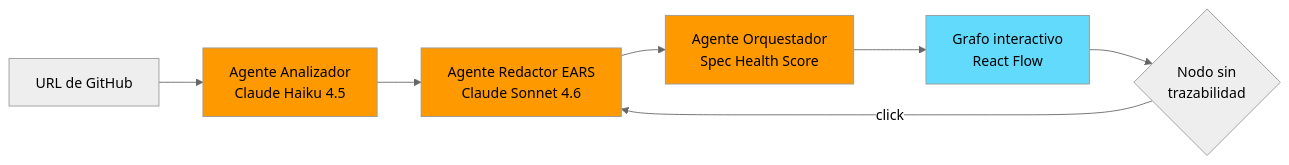
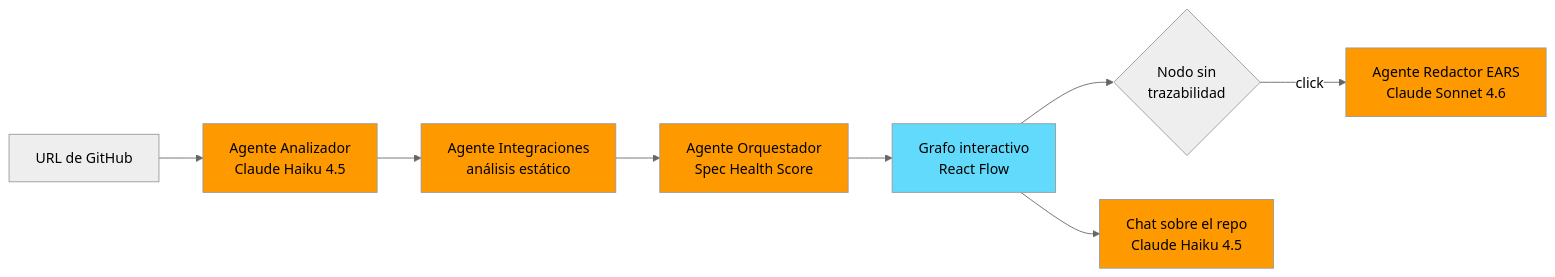
The diagram in README.md (joaquinalejandroguzman/trazIA), drawn with Mermaid (neutral theme) before and after one commit. The commit also changed other lines of this file and 1 other file, not shown here.

````diff
--- a/README.md
+++ b/README.md
@@ -38,15 +39,18 @@
 ```mermaid
 flowchart LR
     A[URL de GitHub] --> B[Agente Analizador<br/>Claude Haiku 4.5]
-    B --> C[Agente Redactor EARS<br/>Claude Sonnet 4.6]
-    C --> D[Agente Orquestador<br/>Spec Health Score]
+    B --> G[Agente Integraciones<br/>análisis estático]
+    G --> D[Agente Orquestador<br/>Spec Health Score]
     D --> E[Grafo interactivo<br/>React Flow]
 
     E --> F{Nodo sin<br/>trazabilidad}
-    F -->|click| C
+    F -->|click| C[Agente Redactor EARS<br/>Claude Sonnet 4.6]
+    E --> H[Chat sobre el repo<br/>Claude Haiku 4.5]
 
     style B fill:#FF9900,color:#000
     style C fill:#FF9900,color:#000
     style D fill:#FF9900,color:#000
+    style G fill:#FF9900,color:#000
+    style H fill:#FF9900,color:#000
     style E fill:#61DAFB,color:#000
 ```
````
